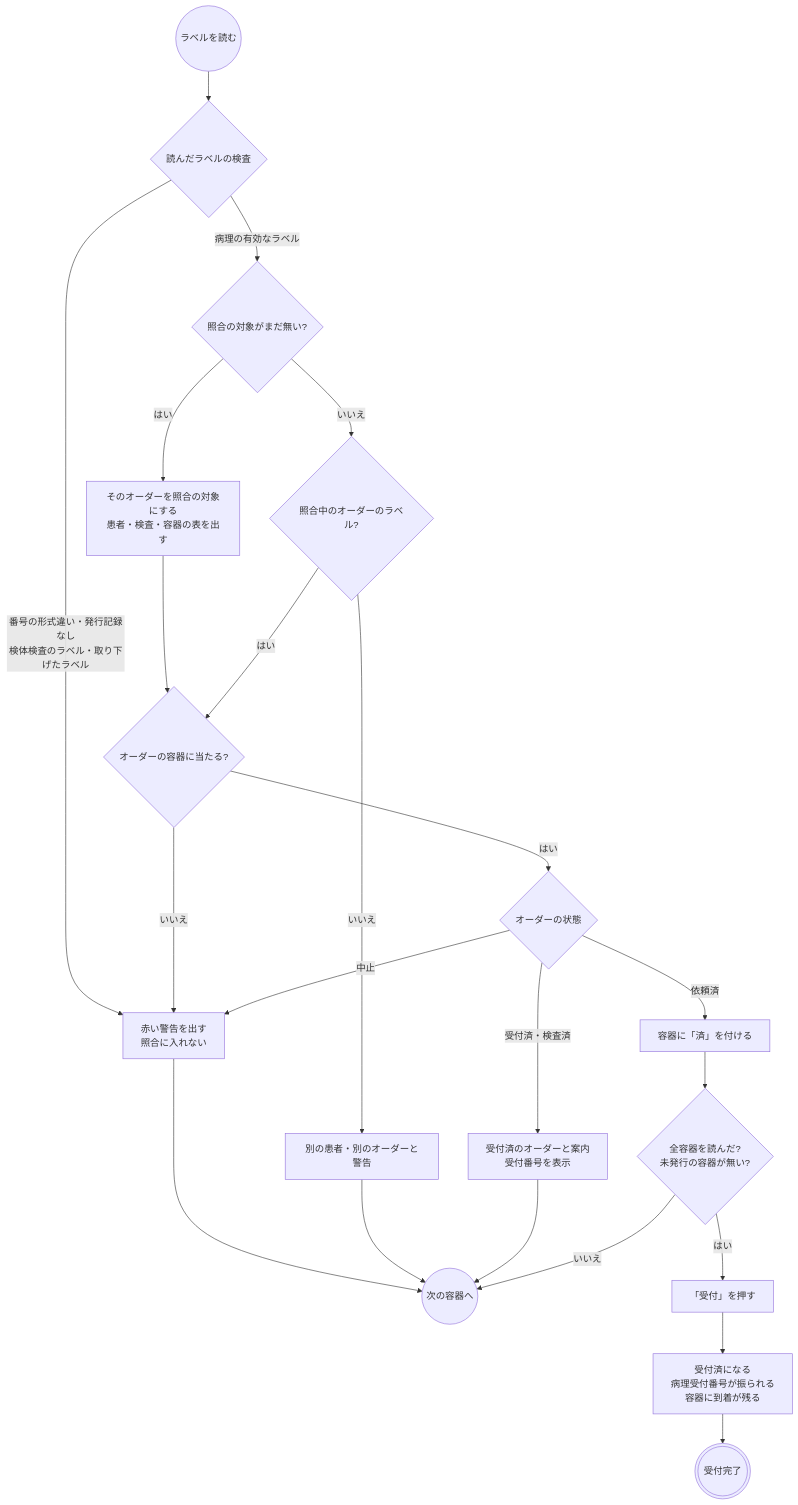
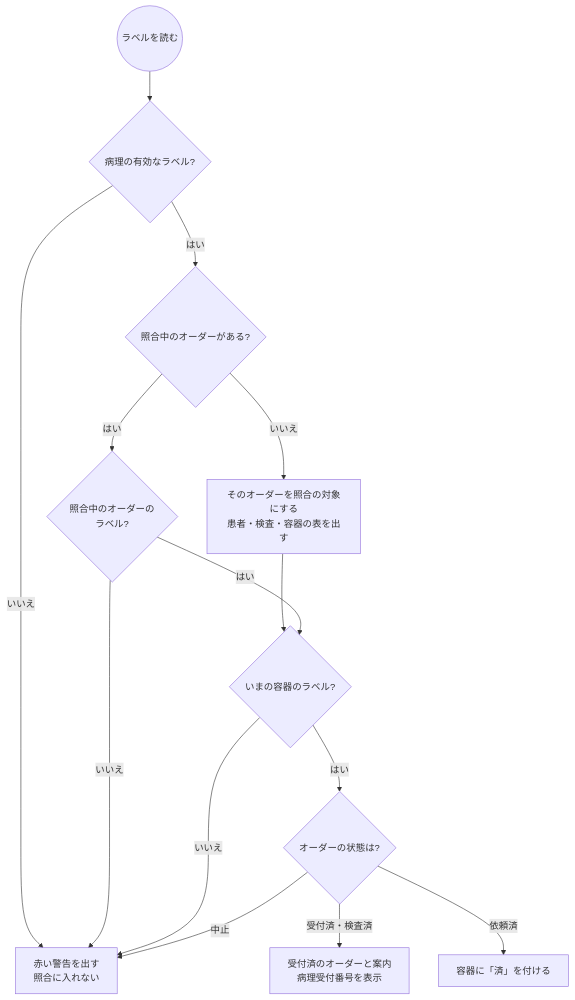
The fourth of 20 diagrams in docs/order-flows/patho.md (ysnr-dev/fhir-client), drawn with Mermaid before and after one commit. The commit also changed other lines of this file and 7 other files, not shown here.

````diff
--- a/docs/order-flows/patho.md
+++ b/docs/order-flows/patho.md
@@ -170,34 +208,26 @@
 ```mermaid
 flowchart TD
   scan(("ラベルを読む"))
-  check{"読んだラベルの検査"}
+  valid{"病理の有効なラベル?"}
+  hasTarget{"照合中のオーダーがある?"}
+  same{"照合中のオーダーの<br/>ラベル?"}
+  load["そのオーダーを照合の対象にする<br/>患者・検査・容器の表を出す"]
+  fit{"いまの容器のラベル?"}
+  state{"オーダーの状態は?"}
   alert["赤い警告を出す<br/>照合に入れない"]
-  target{"照合の対象がまだ無い?"}
-  load["そのオーダーを照合の対象にする<br/>患者・検査・容器の表を出す"]
-  same{"照合中のオーダーのラベル?"}
-  other["別の患者・別のオーダーと警告"]
-  fit{"オーダーの容器に当たる?"}
-  state{"オーダーの状態"}
-  info["受付済のオーダーと案内<br/>受付番号を表示"]
+  info["受付済のオーダーと案内<br/>病理受付番号を表示"]
   mark["容器に「済」を付ける"]
-  all{"全容器を読んだ?<br/>未発行の容器が無い?"}
-  more(("次の容器へ"))
-  receive["「受付」を押す"]
-  done["受付済になる<br/>病理受付番号が振られる<br/>容器に到着が残る"]
-  finish((("受付完了")))
 
-  scan --> check
-  check -- "番号の形式違い・発行記録なし<br/>検体検査のラベル・取り下げたラベル" --> alert --> more
-  check -- "病理の有効なラベル" --> target
-  target -- "はい" --> load --> fit
-  target -- "いいえ" --> same
-  same -- "いいえ" --> other --> more
+  scan --> valid
+  valid -- "いいえ" --> alert
+  valid -- "はい" --> hasTarget
+  hasTarget -- "いいえ" --> load --> fit
+  hasTarget -- "はい" --> same
+  same -- "いいえ" --> alert
   same -- "はい" --> fit
   fit -- "いいえ" --> alert
   fit -- "はい" --> state
   state -- "中止" --> alert
-  state -- "受付済・検査済" --> info --> more
-  state -- "依頼済" --> mark --> all
-  all -- "いいえ" --> more
-  all -- "はい" --> receive --> done --> finish
+  state -- "受付済・検査済" --> info
+  state -- "依頼済" --> mark
 ```
````
